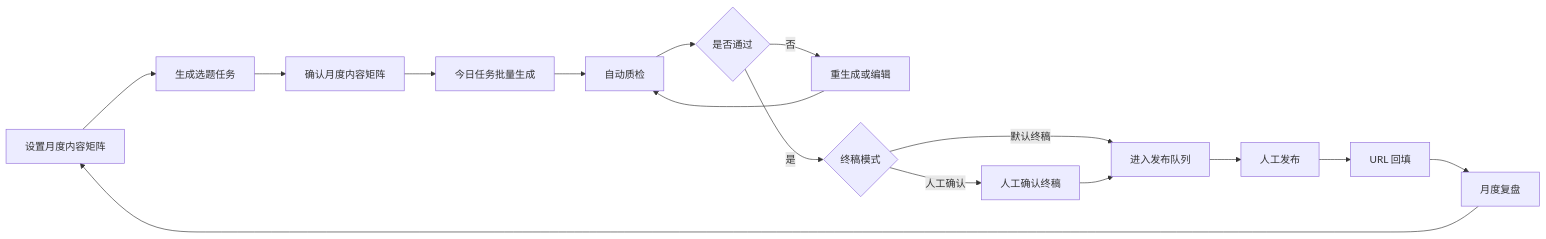
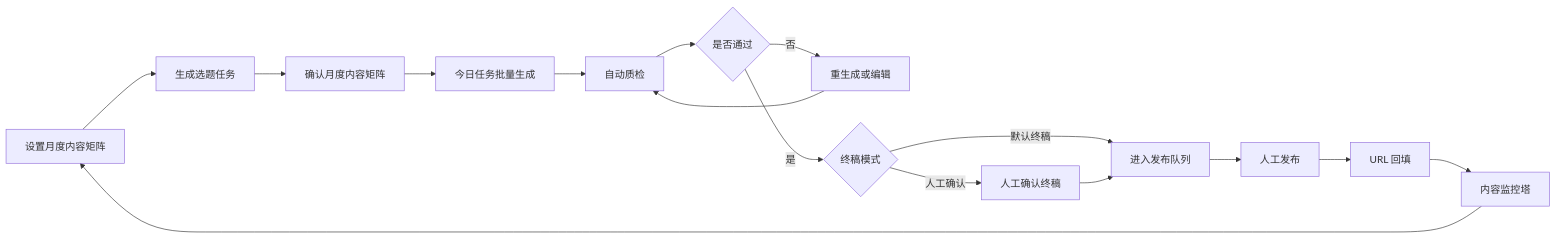
Before and after one commit to 1736280642-Star/gtm-content-growth-workbench: the second of 3 diagrams in design/low-fi-prototype.md, drawn with Mermaid. The commit also changed other lines of this file and 54 other files, not shown here.

````diff
--- a/design/low-fi-prototype.md
+++ b/design/low-fi-prototype.md
@@ -493,18 +493,18 @@
 ```mermaid
 flowchart LR
     A["设置月度内容矩阵"] --> B["生成选题任务"]
     B --> C["确认月度内容矩阵"]
     C --> D["今日任务批量生成"]
     D --> E["自动质检"]
     E --> F{"是否通过"}
     F -->|否| G["重生成或编辑"]
     G --> E
     F -->|是| H{"终稿模式"}
     H -->|默认终稿| I["进入发布队列"]
     H -->|人工确认| J["人工确认终稿"]
     J --> I
     I --> K["人工发布"]
     K --> L["URL 回填"]
-    L --> M["月度复盘"]
+    L --> M["内容监控塔"]
     M --> A
 ```
````
